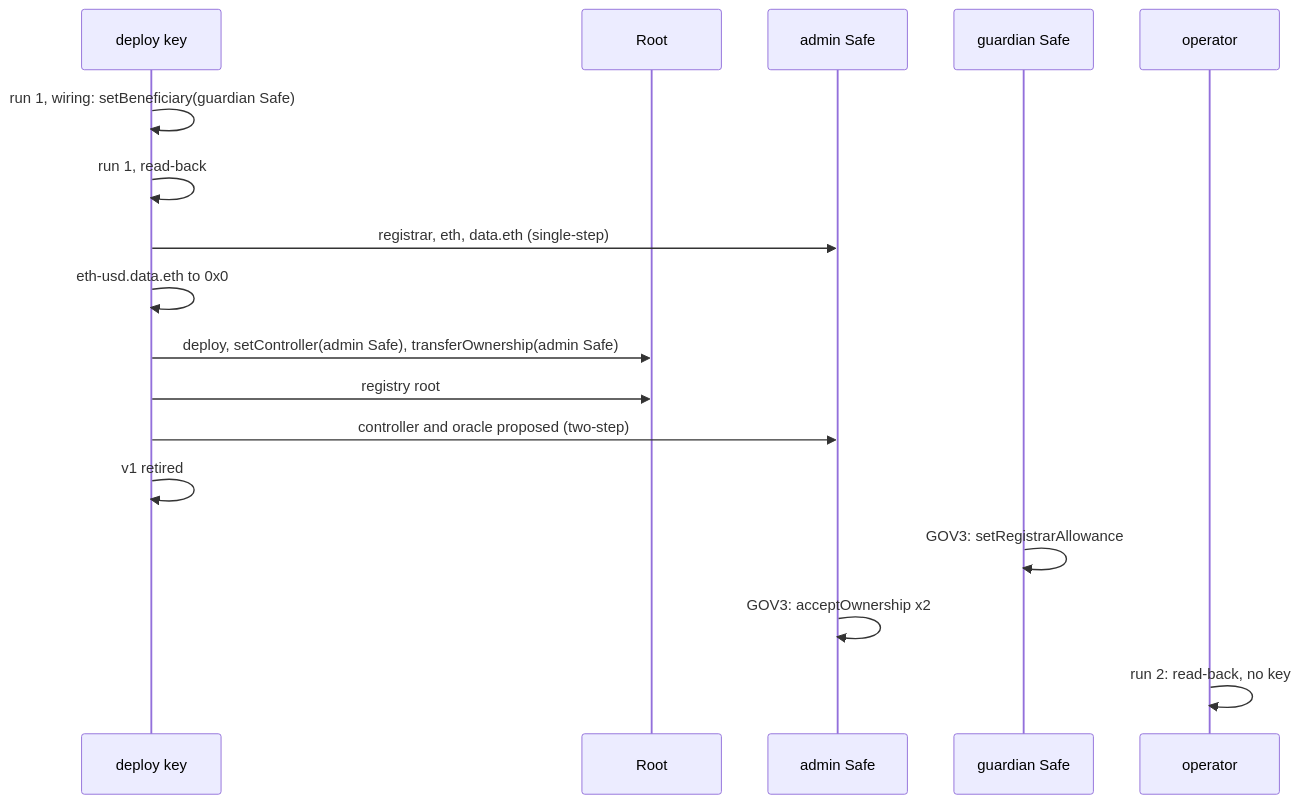
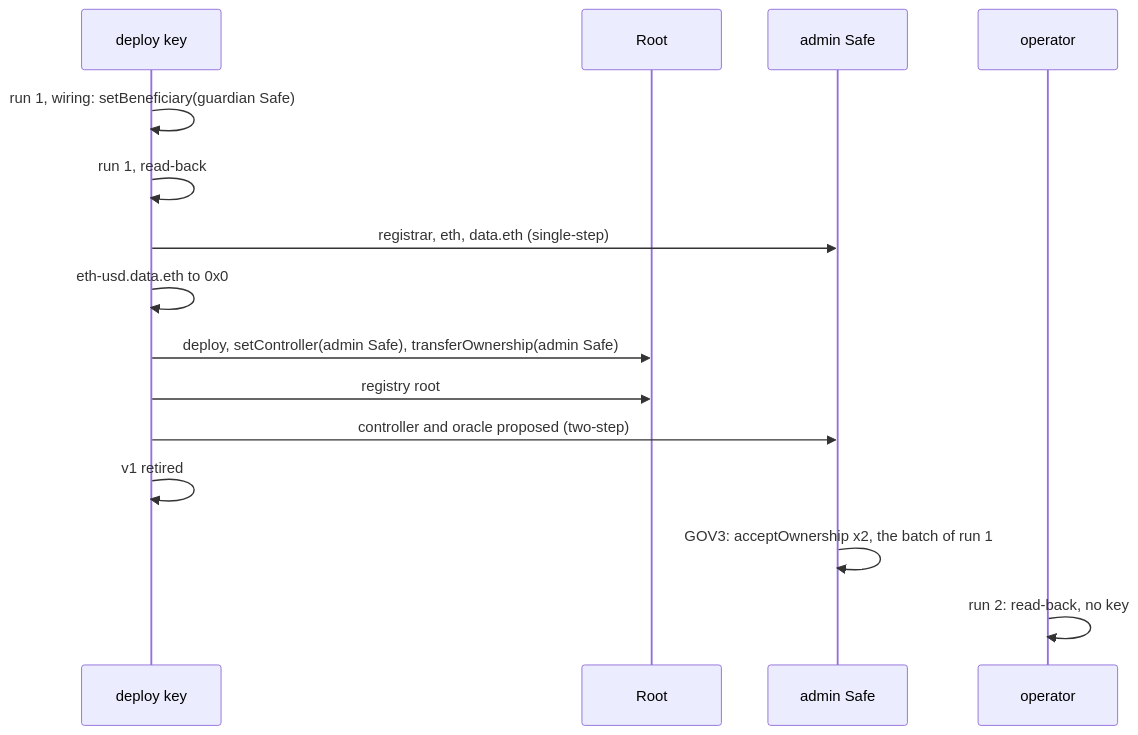
One commit to brenzi-agent/simplex-namespace-contract changed the first of 5 diagrams in docs/plans/names-v2-launch-to-freeze-plan.md. Above: the diagram before and after it, drawn with Mermaid. The commit also changed other lines of this file and 1 other file, not shown here.

Commit message:
docs: plans with the registrar step, current pins and counts

````diff
--- a/docs/plans/names-v2-launch-to-freeze-plan.md
+++ b/docs/plans/names-v2-launch-to-freeze-plan.md
@@ -375,19 +368,17 @@
 ```mermaid
 sequenceDiagram
   participant D as deploy key
   participant R as Root
   participant A as admin Safe
-  participant G as guardian Safe
   participant O as operator
   D->>D: run 1, wiring: setBeneficiary(guardian Safe)
   D->>D: run 1, read-back
   D->>A: registrar, eth, data.eth (single-step)
   D->>D: eth-usd.data.eth to 0x0
   D->>R: deploy, setController(admin Safe), transferOwnership(admin Safe)
   D->>R: registry root
   D->>A: controller and oracle proposed (two-step)
   D->>D: v1 retired
-  G->>G: GOV3: setRegistrarAllowance
-  A->>A: GOV3: acceptOwnership x2
+  A->>A: GOV3: acceptOwnership x2, the batch of run 1
   O->>O: run 2: read-back, no key
 ```
````
